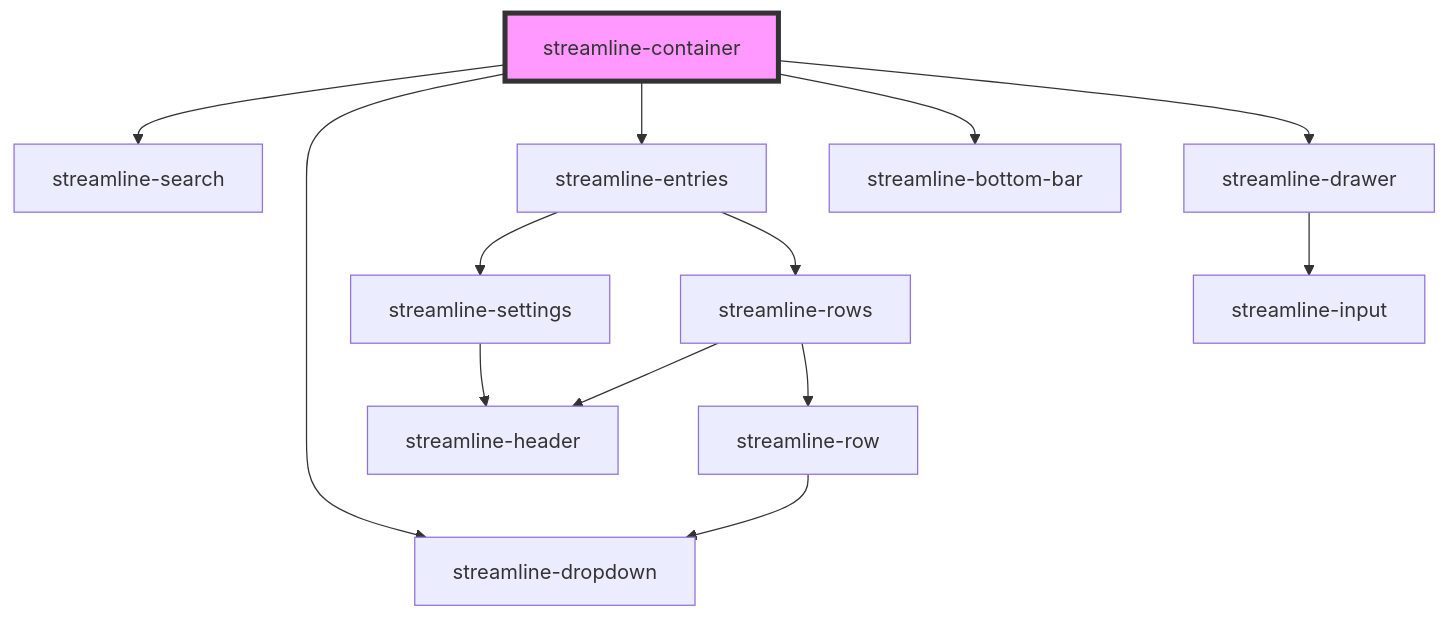
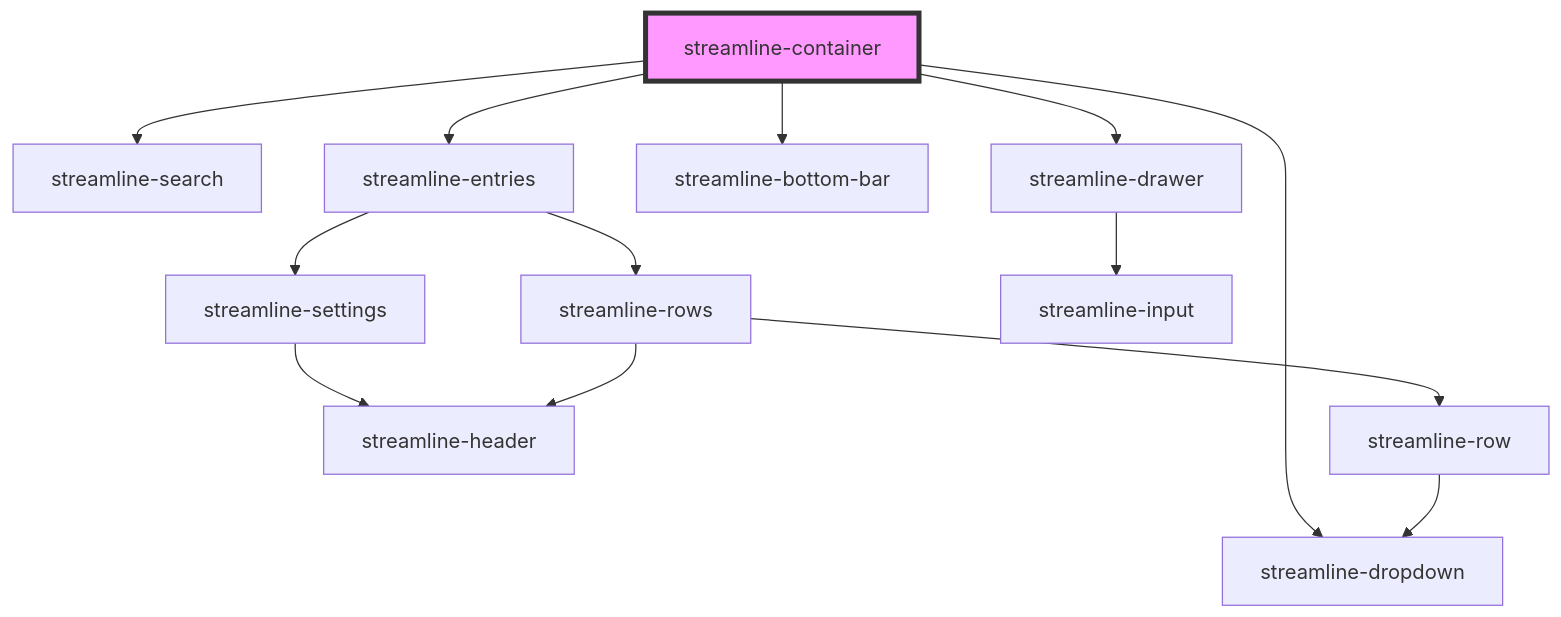
The diagram in package/src/components/container/readme.md (dnnsjsk/streamline), drawn with Mermaid before and after one commit. The commit also changed other lines of this file and 18 other files, not shown here.

````diff
--- a/package/src/components/container/readme.md
+++ b/package/src/components/container/readme.md
@@ -48,16 +48,16 @@
 ```mermaid
 graph TD;
   streamline-container --> streamline-search
   streamline-container --> streamline-dropdown
   streamline-container --> streamline-entries
   streamline-container --> streamline-bottom-bar
   streamline-container --> streamline-drawer
   streamline-entries --> streamline-settings
   streamline-entries --> streamline-rows
   streamline-settings --> streamline-header
+  streamline-rows --> streamline-row
   streamline-rows --> streamline-header
-  streamline-rows --> streamline-row
   streamline-row --> streamline-dropdown
   streamline-drawer --> streamline-input
   style streamline-container fill:#f9f,stroke:#333,stroke-width:4px
 ```
````
